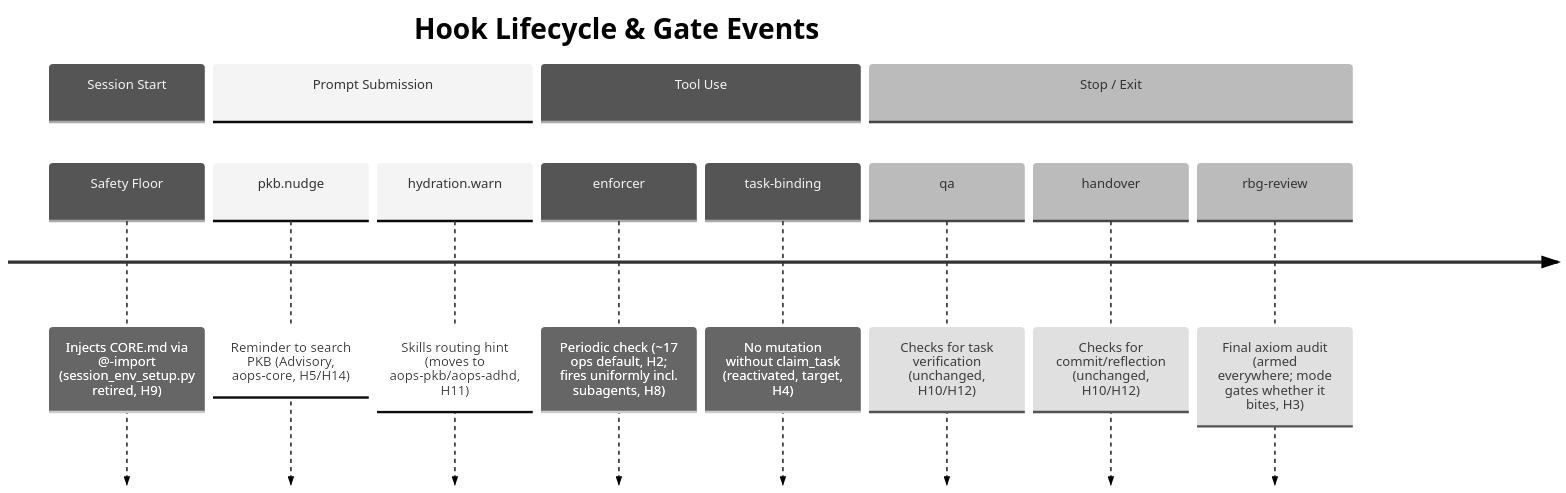
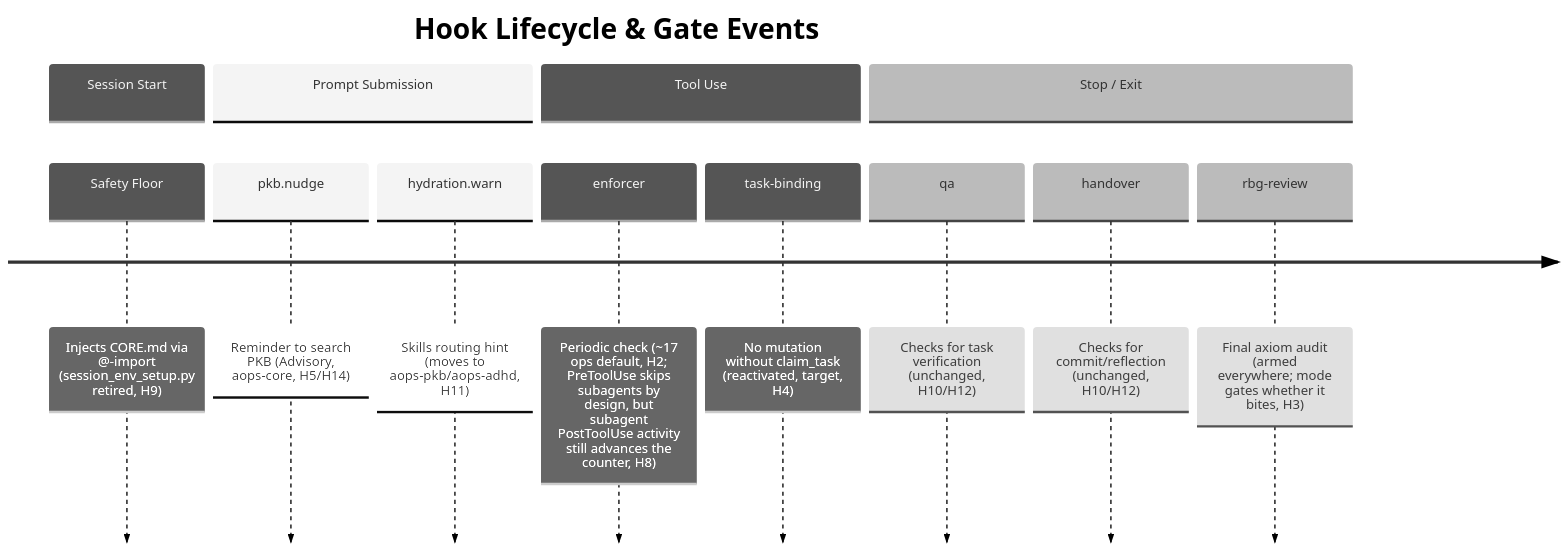
The diagram in specs/enforcement/GATES.md (nicsuzor/academicOps), drawn with Mermaid (neutral theme) before and after one commit. The commit also changed other lines of this file and 3 other files, not shown here.

First line of the commit message:
fix: reconcile enforcement-map-currency for the subagent PreToolUse exception

````diff
--- a/specs/enforcement/GATES.md
+++ b/specs/enforcement/GATES.md
@@ -59,16 +59,16 @@
 ```mermaid
 timeline
     title Hook Lifecycle & Gate Events
     section Session Start
         Safety Floor : Injects CORE.md via @-import (session_env_setup.py retired, H9)
     section Prompt Submission
         pkb.nudge : Reminder to search PKB (Advisory, aops-core, H5/H14)
         hydration.warn : Skills routing hint (moves to aops-pkb/aops-adhd, H11)
     section Tool Use
-        enforcer : Periodic check (~17 ops default, H2; fires uniformly incl. subagents, H8)
+        enforcer : Periodic check (~17 ops default, H2; PreToolUse skips subagents by design, but subagent PostToolUse activity still advances the counter, H8)
         task-binding : No mutation without claim_task (reactivated, target, H4)
     section Stop / Exit
         qa : Checks for task verification (unchanged, H10/H12)
         handover : Checks for commit/reflection (unchanged, H10/H12)
         rbg-review : Final axiom audit (armed everywhere; mode gates whether it bites, H3)
 ```
````
